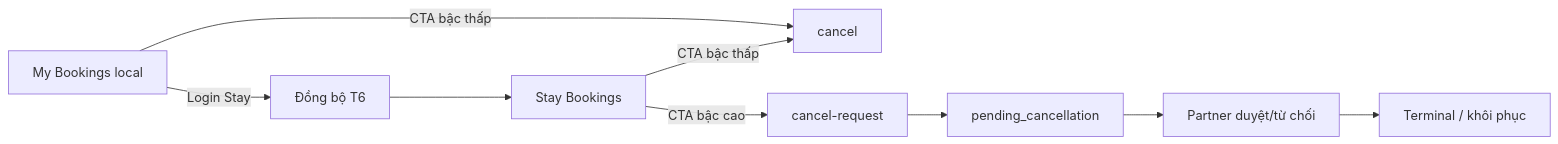
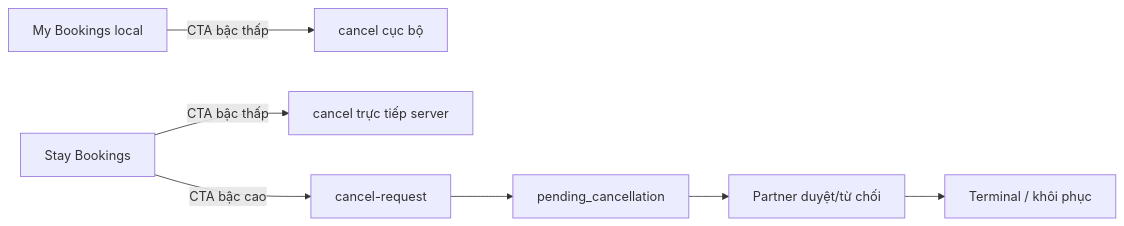
One commit to mngoc28/bks-system-be changed the first of 4 diagrams in docs/SRC/srs_booking_cancellation_policy.md. Above: the diagram before and after it, drawn with Mermaid. The commit also changed other lines of this file and 105 other files, not shown here.

````diff
--- a/docs/SRC/srs_booking_cancellation_policy.md
+++ b/docs/SRC/srs_booking_cancellation_policy.md
@@ -236,11 +243,9 @@
 ```mermaid
 flowchart LR
-  MB[My Bookings local] -->|Login Stay| SYNC[Đồng bộ T6]
-  SYNC --> ST[Stay Bookings]
-  MB -->|CTA bậc thấp| C1[cancel]
-  ST -->|CTA bậc thấp| C1
+  MB[My Bookings local] -->|CTA bậc thấp| C1[cancel cục bộ]
+  ST[Stay Bookings] -->|CTA bậc thấp| C2[cancel trực tiếp server]
   ST -->|CTA bậc cao| RQ[cancel-request]
   RQ --> PC[pending_cancellation]
   PC --> PA[Partner duyệt/từ chối]
   PA --> END[Terminal / khôi phục]
 ```
````
